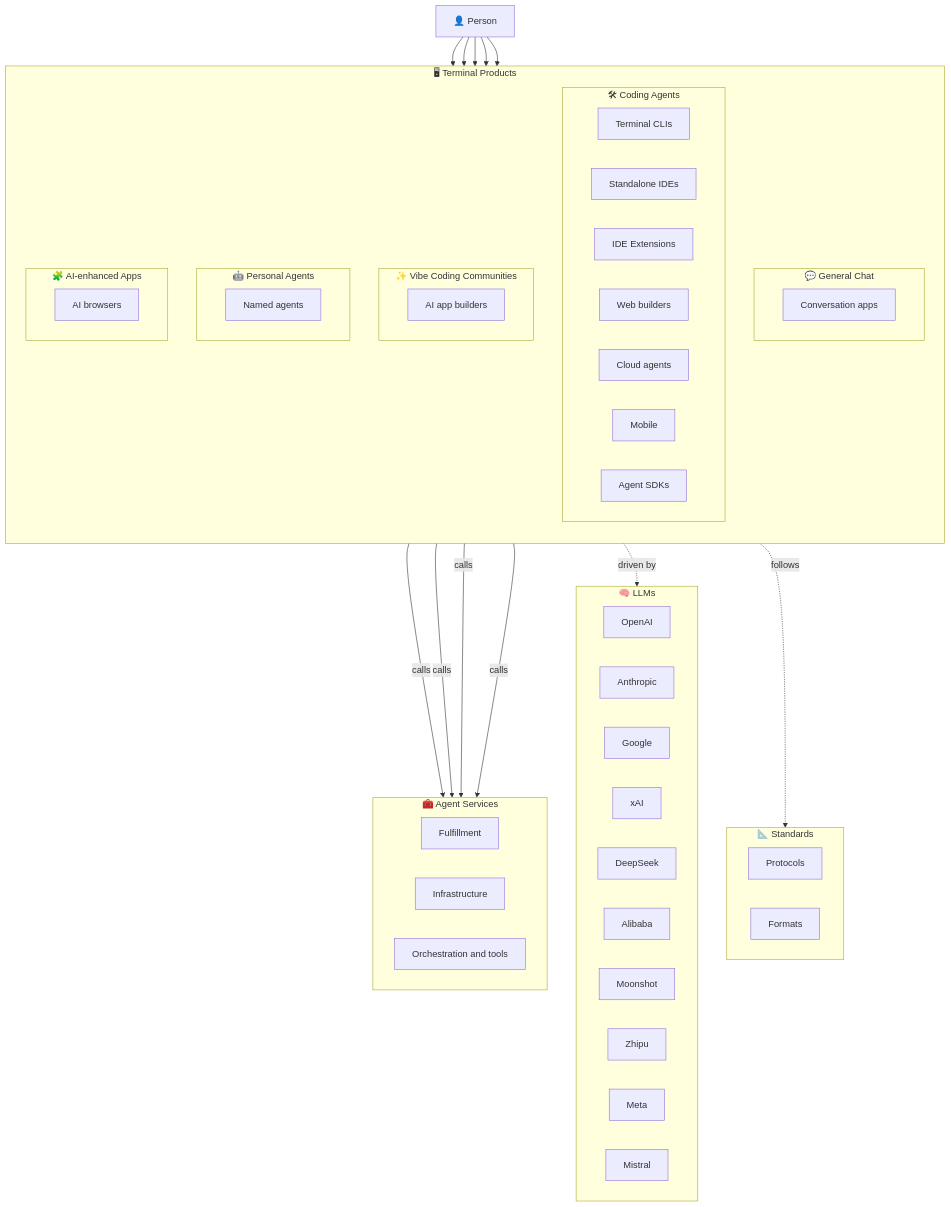
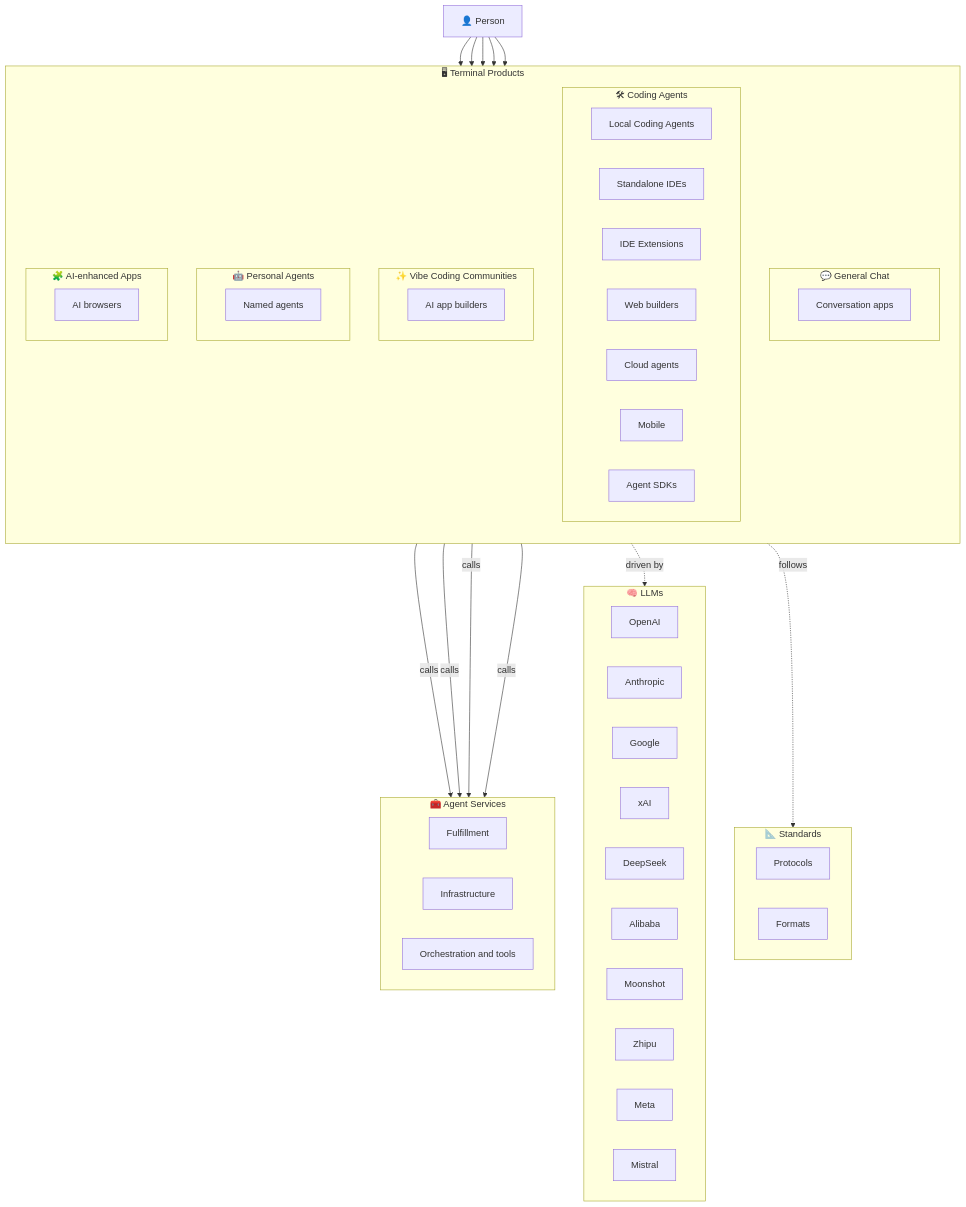
Before and after one commit to zqf20096327/ai_collect: the diagram in data/readmes/0xWelt__Awesome-Agent-Ecosystem.md, drawn with Mermaid. The commit also changed other lines of this file and 1908 other files, not shown here.

````diff
--- a/data/readmes/0xWelt__Awesome-Agent-Ecosystem.md
+++ b/data/readmes/0xWelt__Awesome-Agent-Ecosystem.md
@@ -32,73 +32,73 @@
 ```mermaid
 flowchart TB
     Person["👤 Person"]
 
     subgraph products["🖥 Terminal Products"]
         direction TB
         subgraph chat["💬 General Chat"]
             direction LR
             GC1["Conversation apps"]
         end
         subgraph coding["🛠 Coding Agents"]
             direction LR
-            H1["Terminal CLIs"]
+            H1["Local Coding Agents"]
             H2["Standalone IDEs"]
             H3["IDE Extensions"]
             H4["Web builders"]
             H5["Cloud agents"]
             H6["Mobile"]
             H7["Agent SDKs"]
         end
         subgraph community["✨ Vibe Coding Communities"]
             direction LR
             C1["AI app builders"]
         end
         subgraph personal["🤖 Personal Agents"]
             direction LR
             P1["Named agents"]
         end
         subgraph apps["🧩 AI-enhanced Apps"]
             direction LR
             A1["AI browsers"]
         end
     end
 
     subgraph services["🧰 Agent Services"]
         direction LR
         S1["Fulfillment"]
         S2["Infrastructure"]
         S3["Orchestration and tools"]
     end
 
     subgraph llms["🧠 LLMs"]
         direction LR
         L1["OpenAI"]
         L2["Anthropic"]
         L3["Google"]
         L4["xAI"]
         L5["DeepSeek"]
         L6["Alibaba"]
         L7["Moonshot"]
         L8["Zhipu"]
         L9["Meta"]
         L10["Mistral"]
     end
 
     subgraph standards["📐 Standards"]
         direction LR
         ST1["Protocols"]
         ST2["Formats"]
     end
 
     Person --> chat
     Person --> coding
     Person --> community
     Person --> personal
     Person --> apps
     chat -->|calls| services
     coding -->|calls| services
     personal -->|calls| services
     apps -->|calls| services
     coding -.->|driven by| llms
     coding -.->|follows| standards
 ```
````
